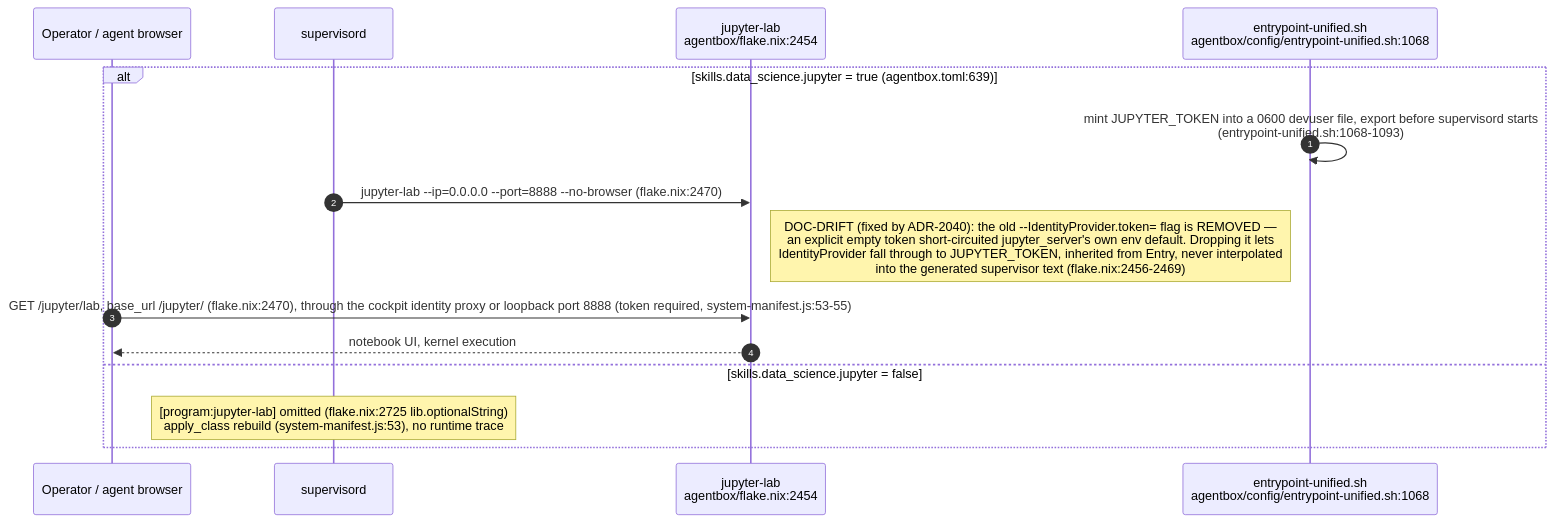
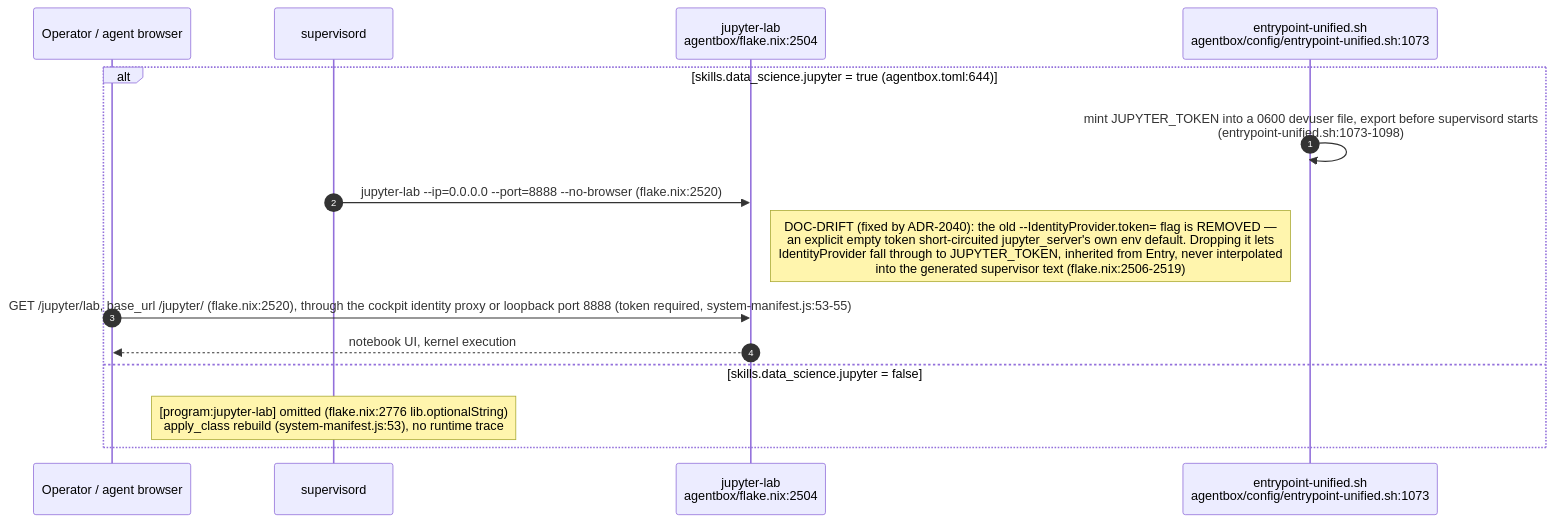
Before and after one commit to DreamLab-AI/VisionFlow: the fifth of 14 diagrams in docs/diagrams/agentbox/27-media-gpu-capability-services.md, drawn with Mermaid. The commit also changed other lines of this file and 36 other files, not shown here.

First line of the commit message:
docs(diagrams): re-derive and re-stamp agentbox, dream-engine, visioncraft, visiontouch and vowl topics; drop LAN addresses

````diff
--- a/docs/diagrams/agentbox/27-media-gpu-capability-services.md
+++ b/docs/diagrams/agentbox/27-media-gpu-capability-services.md
@@ -192,18 +192,18 @@
 ```mermaid
 sequenceDiagram
     autonumber
     participant Op as Operator / agent browser
     participant Sup as supervisord
-    participant Lab as jupyter-lab<br/>agentbox/flake.nix:2454
-    participant Entry as entrypoint-unified.sh<br/>agentbox/config/entrypoint-unified.sh:1068
+    participant Lab as jupyter-lab<br/>agentbox/flake.nix:2504
+    participant Entry as entrypoint-unified.sh<br/>agentbox/config/entrypoint-unified.sh:1073
 
-    alt skills.data_science.jupyter = true (agentbox.toml:639)
-        Entry->>Entry: mint JUPYTER_TOKEN into a 0600 devuser file, export before supervisord starts<br/>(entrypoint-unified.sh:1068-1093)
-        Sup->>Lab: jupyter-lab --ip=0.0.0.0 --port=8888 --no-browser (flake.nix:2470)
-        Note right of Lab: DOC-DRIFT (fixed by ADR-2040): the old --IdentityProvider.token= flag is REMOVED —<br/>an explicit empty token short-circuited jupyter_server's own env default. Dropping it lets<br/>IdentityProvider fall through to JUPYTER_TOKEN, inherited from Entry, never interpolated<br/>into the generated supervisor text (flake.nix:2456-2469)
-        Op->>Lab: GET /jupyter/lab, base_url /jupyter/ (flake.nix:2470), through the cockpit identity proxy or loopback port 8888 (token required, system-manifest.js:53-55)
+    alt skills.data_science.jupyter = true (agentbox.toml:644)
+        Entry->>Entry: mint JUPYTER_TOKEN into a 0600 devuser file, export before supervisord starts<br/>(entrypoint-unified.sh:1073-1098)
+        Sup->>Lab: jupyter-lab --ip=0.0.0.0 --port=8888 --no-browser (flake.nix:2520)
+        Note right of Lab: DOC-DRIFT (fixed by ADR-2040): the old --IdentityProvider.token= flag is REMOVED —<br/>an explicit empty token short-circuited jupyter_server's own env default. Dropping it lets<br/>IdentityProvider fall through to JUPYTER_TOKEN, inherited from Entry, never interpolated<br/>into the generated supervisor text (flake.nix:2506-2519)
+        Op->>Lab: GET /jupyter/lab, base_url /jupyter/ (flake.nix:2520), through the cockpit identity proxy or loopback port 8888 (token required, system-manifest.js:53-55)
         Lab-->>Op: notebook UI, kernel execution
     else skills.data_science.jupyter = false
-        Note over Sup: [program:jupyter-lab] omitted (flake.nix:2725 lib.optionalString)<br/>apply_class rebuild (system-manifest.js:53), no runtime trace
+        Note over Sup: [program:jupyter-lab] omitted (flake.nix:2776 lib.optionalString)<br/>apply_class rebuild (system-manifest.js:53), no runtime trace
     end
 ```
````
